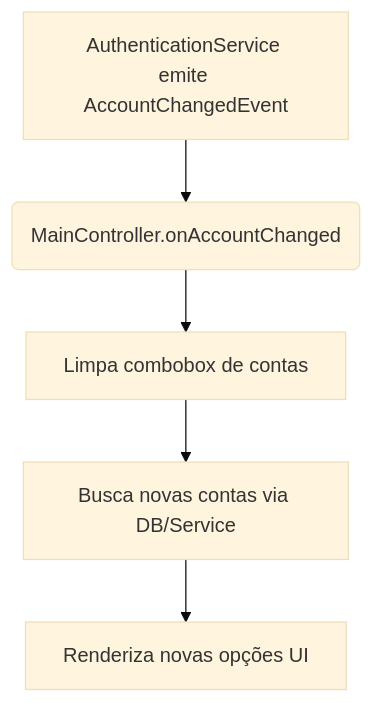
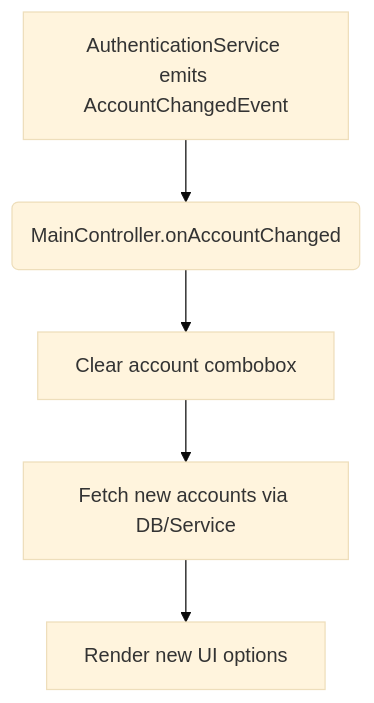
One commit to daniel-chiuratto-seabra/OwlPlug changed diagram 12 of 15 in docs/full-forensic-technical-documentation.md. Above: the diagram before and after it, drawn with Mermaid (base theme). The commit also changed other lines of this file, not shown here.

````diff
--- a/docs/full-forensic-technical-documentation.md
+++ b/docs/full-forensic-technical-documentation.md
@@ -457,7 +457,7 @@
 ```mermaid
 flowchart TD
-    A[AuthenticationService emite AccountChangedEvent] --> B(MainController.onAccountChanged)
-    B --> C[Limpa combobox de contas]
-    C --> D[Busca novas contas via DB/Service]
-    D --> E[Renderiza novas opções UI]
+    A[AuthenticationService emits AccountChangedEvent] --> B(MainController.onAccountChanged)
+    B --> C[Clear account combobox]
+    C --> D[Fetch new accounts via DB/Service]
+    D --> E[Render new UI options]
 ```
````
